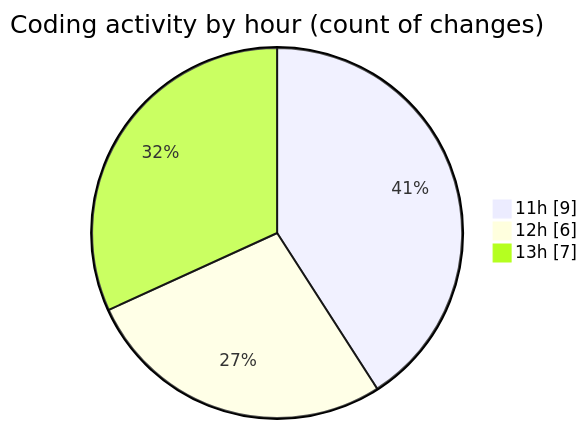
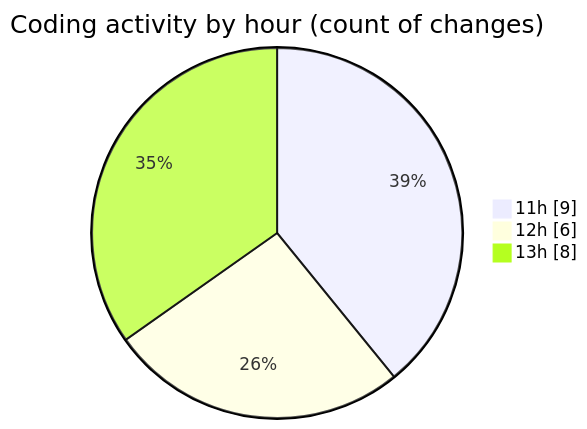
The second of 2 diagrams in 2025-05-08/recipe-app/README.md (BS-eng2023/code-tracking), drawn with Mermaid before and after one commit. The commit also changed other lines of this file and 1 other file, not shown here.

````diff
--- a/2025-05-08/recipe-app/README.md
+++ b/2025-05-08/recipe-app/README.md
@@ -33,7 +33,7 @@
 ```mermaid
 pie showData
 title Coding activity by hour (count of changes)
 "11h" : 9
 "12h" : 6
-"13h" : 7
+"13h" : 8
 ```
````
